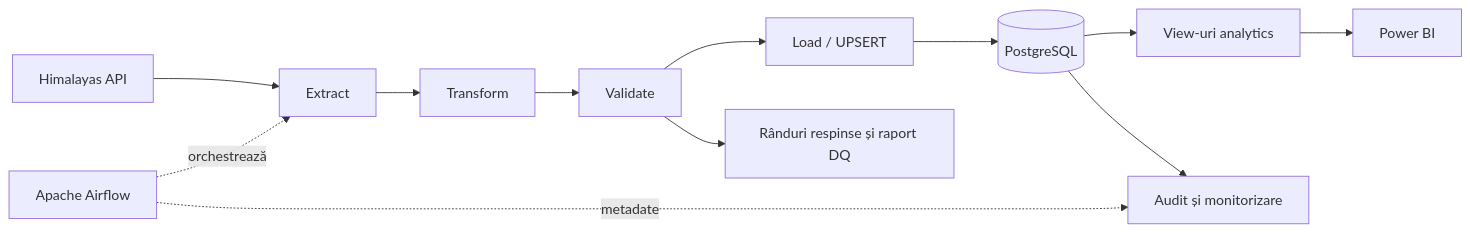
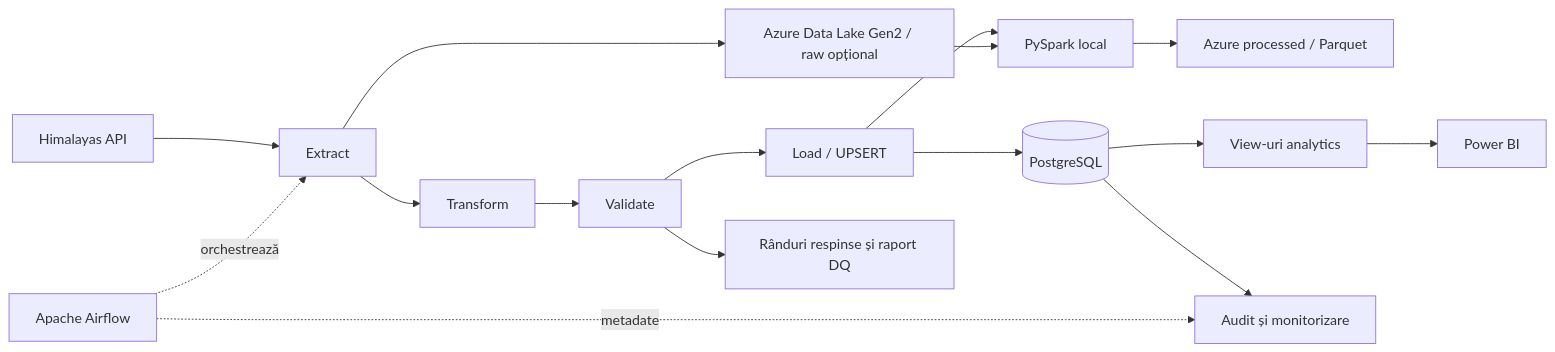
Before and after one commit to alexandraa25/job-market-data-platform: the diagram in README.md, drawn with Mermaid. The commit also changed other lines of this file and 17 other files, not shown here.

Commit message:
Add Azure Data Lake storage and orchestrate PySpark in Airflow

````diff
--- a/README.md
+++ b/README.md
@@ -37,14 +37,18 @@
 ```mermaid
 flowchart LR
     API[Himalayas API] --> E[Extract]
+    E --> ADLS[Azure Data Lake Gen2 / raw opțional]
     E --> T[Transform]
     T --> V[Validate]
     V --> L[Load / UPSERT]
     V --> R[Rânduri respinse și raport DQ]
     L --> DB[(PostgreSQL)]
+    L --> SP[PySpark local]
+    ADLS --> SP
+    SP --> PQ[Azure processed / Parquet]
     DB --> SQL[View-uri analytics]
     SQL --> BI[Power BI]
     AF[Apache Airflow] -. orchestrează .-> E
     DB --> M[Audit și monitorizare]
     AF -. metadate .-> M
 ```
````
